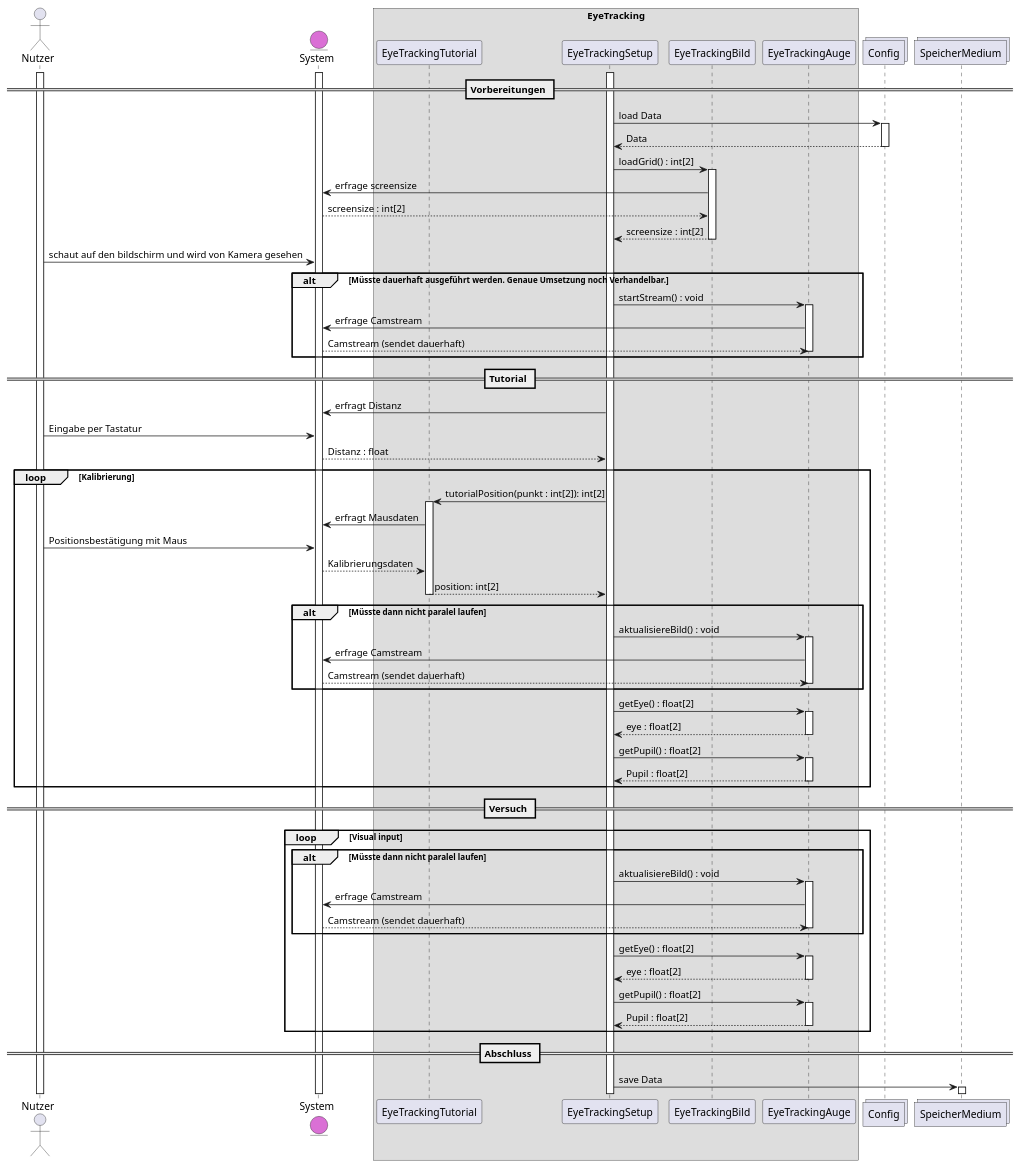
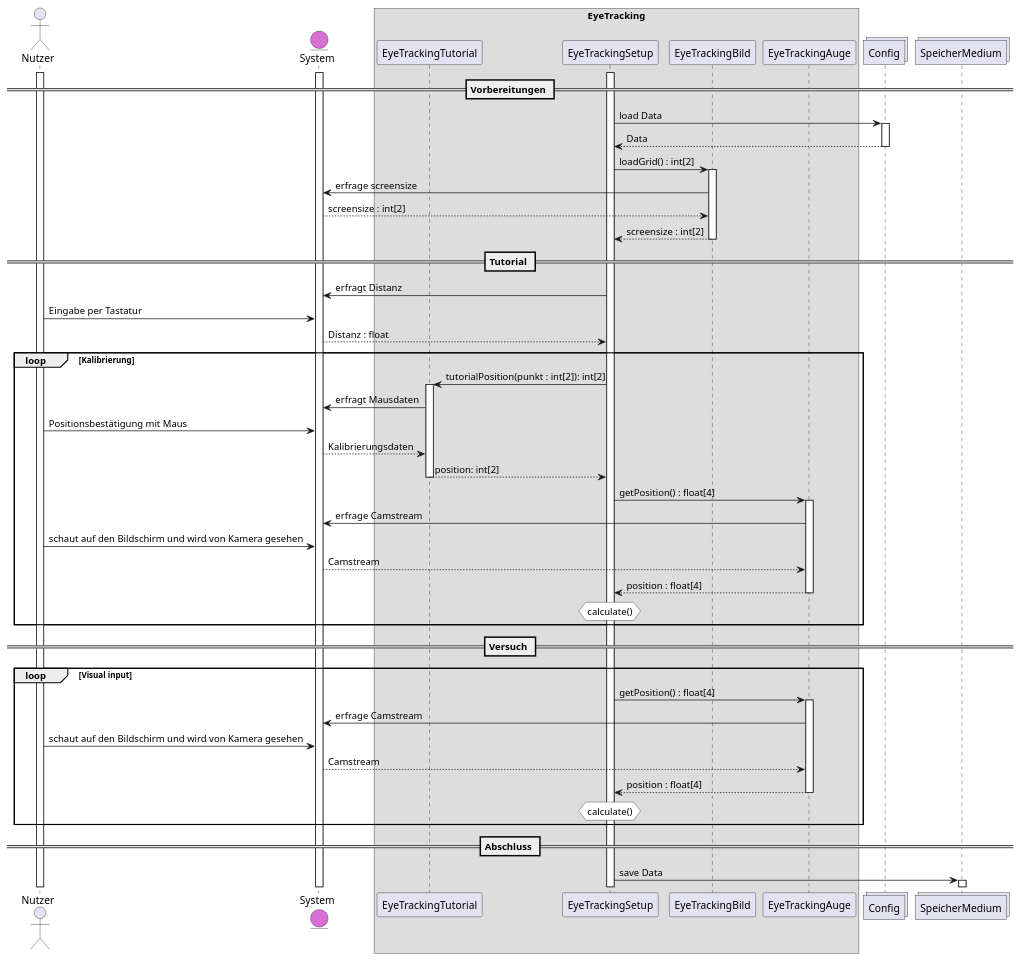
Before and after one commit to weichware10/meilensteine: the diagram in meilenstein_04/sequenz-eyetracking/sequenz-eyetracking.puml, drawn with PlantUML.

Commit message:
Nach Absprache mit Team: getPosition() stadt pupil&auge, nutizen zu calculate. Aufruf nach Notwendigkeit

```diff
--- a/meilenstein_04/sequenz-eyetracking/sequenz-eyetracking.puml
+++ b/meilenstein_04/sequenz-eyetracking/sequenz-eyetracking.puml
@@ -1,91 +1,69 @@
 @startuml {modul}
 actor       Nutzer          as n
 entity      System          as s    #DA70D5
 
 box EyeTracking
 participant EyeTrackingTutorial    as et
 participant EyeTrackingSetup       as es
 participant EyeTrackingBild        as eb
 participant EyeTrackingAuge        as ea
 end box
 
 collections Config          as c
 collections SpeicherMedium  as sm
 
 == Vorbereitungen ==
 
 activate n
 activate s
 activate es
 es -> c : load Data
 activate c
 c --> es : Data
 deactivate c
 es -> eb : loadGrid() : int[2]
 activate eb
 eb -> s : erfrage screensize
 s --> eb : screensize : int[2]
 eb --> es : screensize : int[2]
 deactivate eb
-n -> s : schaut auf den bildschirm und wird von Kamera gesehen 
-alt Müsste dauerhaft ausgeführt werden. Genaue Umsetzung noch Verhandelbar.
-  es -> ea : startStream() : void
-  activate ea
-  ea -> s : erfrage Camstream
-  s --> ea : Camstream (sendet dauerhaft)
-  deactivate ea
-end
 
 == Tutorial ==
 es -> s : erfragt Distanz
 n -> s : Eingabe per Tastatur
 s --> es : Distanz : float
 loop Kalibrierung
   es -> et : tutorialPosition(punkt : int[2]): int[2]
   activate et
   et -> s : erfragt Mausdaten
   n -> s : Positionsbestätigung mit Maus
   s --> et : Kalibrierungsdaten
   et --> es : position: int[2]
   deactivate et
-  alt Müsste dann nicht paralel laufen
-    es -> ea : aktualisiereBild() : void
-    activate ea
-    ea -> s : erfrage Camstream
-    s --> ea : Camstream (sendet dauerhaft)
-    deactivate ea
-  end
-  es -> ea : getEye() : float[2]
+  es -> ea : getPosition() : float[4]
   activate ea
-  ea --> es : eye : float[2]
+  ea -> s : erfrage Camstream
+  n -> s : schaut auf den Bildschirm und wird von Kamera gesehen 
+  s --> ea : Camstream
+  ea --> es : position : float[4]
   deactivate ea
-  es -> ea : getPupil() : float[2]
-  activate ea
-  ea --> es : Pupil : float[2]
-  deactivate ea
+  hnote over es #FFFFFF: calculate()
 end
 
 == Versuch ==
 loop Visual input
-  alt Müsste dann nicht paralel laufen
-    es -> ea : aktualisiereBild() : void
-    activate ea
-    ea -> s : erfrage Camstream
-    s --> ea : Camstream (sendet dauerhaft)
-    deactivate ea
-  end
-  es -> ea : getEye() : float[2]
+  es -> ea : getPosition() : float[4]
   activate ea
-  ea --> es : eye : float[2]
+  ea -> s : erfrage Camstream
+  n -> s : schaut auf den Bildschirm und wird von Kamera gesehen 
+  s --> ea : Camstream
+  ea --> es : position : float[4]
   deactivate ea
-  es -> ea : getPupil() : float[2]
-  activate ea
-  ea --> es : Pupil : float[2]
-  deactivate ea
+  hnote over es #FFFFFF: calculate()
 end
 
 == Abschluss ==
 es -> sm: save Data
 activate sm
 
 @enduml
```
